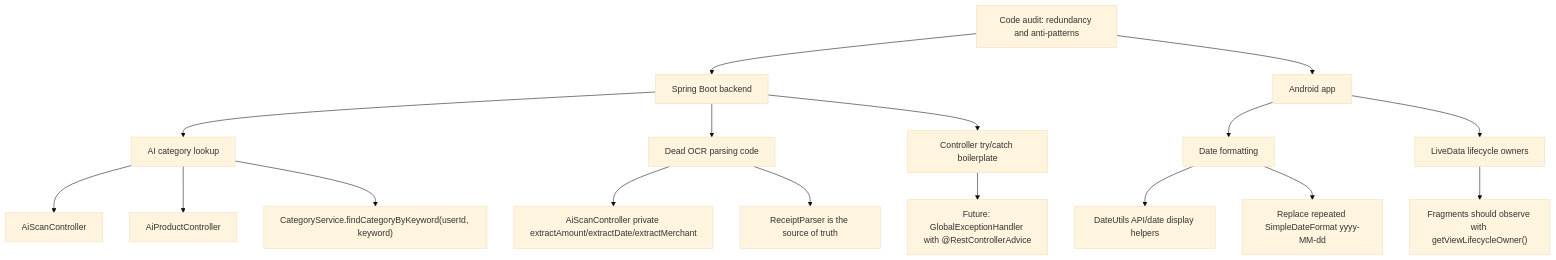
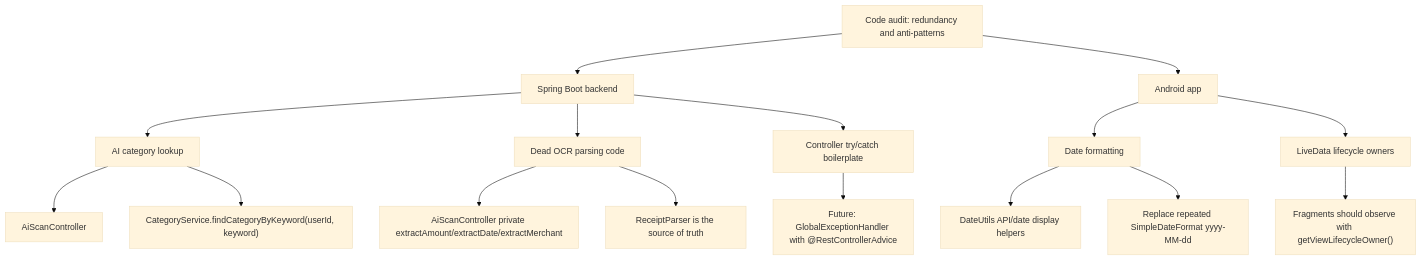
Before and after one commit to quang-star/finace-app: the diagram in docs/refactor-graph.md, drawn with Mermaid (base theme). The commit also changed 125 other files, not shown here.

Commit message:
Clean up demo flows and improve OCR handling

````diff
--- a/docs/refactor-graph.md
+++ b/docs/refactor-graph.md
@@ -5,25 +5,24 @@
 ```mermaid
 graph TD
     Audit["Code audit: redundancy and anti-patterns"]
     Audit --> Backend["Spring Boot backend"]
     Audit --> Android["Android app"]
 
     Backend --> B1["AI category lookup"]
     B1 --> B1a["AiScanController"]
-    B1 --> B1b["AiProductController"]
     B1 --> B1c["CategoryService.findCategoryByKeyword(userId, keyword)"]
 
     Backend --> B2["Dead OCR parsing code"]
     B2 --> B2a["AiScanController private extractAmount/extractDate/extractMerchant"]
     B2 --> B2b["ReceiptParser is the source of truth"]
 
     Backend --> B3["Controller try/catch boilerplate"]
     B3 --> B3a["Future: GlobalExceptionHandler with @RestControllerAdvice"]
 
     Android --> A1["Date formatting"]
     A1 --> A1a["DateUtils API/date display helpers"]
     A1 --> A1b["Replace repeated SimpleDateFormat yyyy-MM-dd"]
 
     Android --> A2["LiveData lifecycle owners"]
     A2 --> A2a["Fragments should observe with getViewLifecycleOwner()"]
 ```
````
